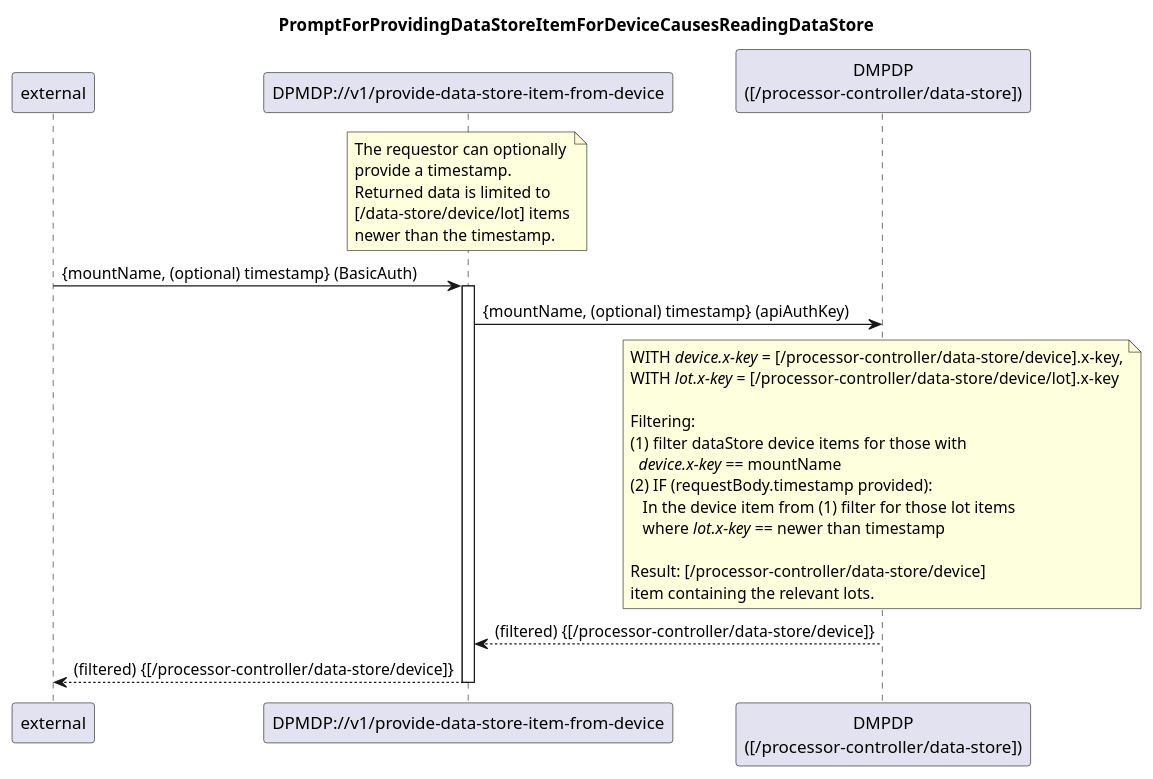
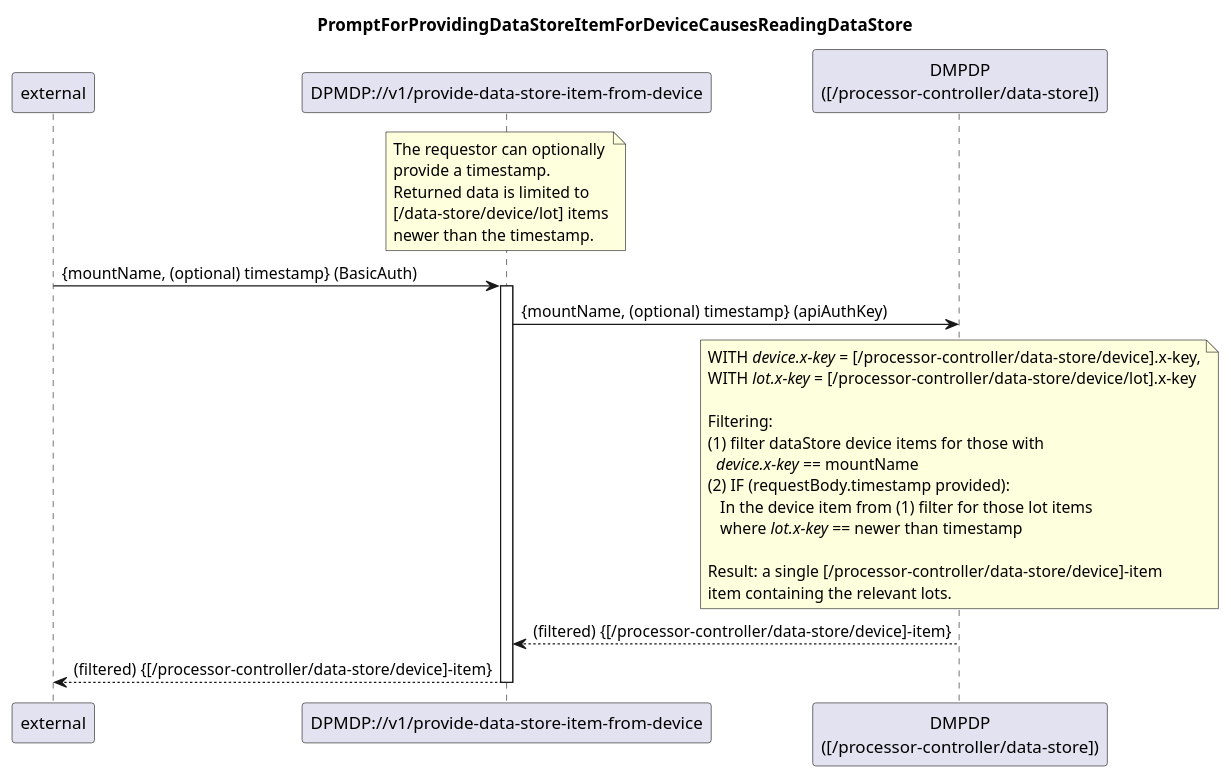
Before and after one commit to openBackhaul/DevicePerformanceManagementDataProcessor: the diagram in spec/diagrams/020_ProvideDataStoreItemForDevice.plantuml, drawn with PlantUML. The commit also changed 8 other files, not shown here.

Commit message:
update diagrams + services

```diff
--- a/spec/diagrams/020_ProvideDataStoreItemForDevice.plantuml
+++ b/spec/diagrams/020_ProvideDataStoreItemForDevice.plantuml
@@ -1,44 +1,44 @@
 @startuml 020_ProvideDataStoreItemForDevice
 skinparam responseMessageBelowArrow true
 
 title
 PromptForProvidingDataStoreItemForDeviceCausesReadingDataStore
 end title
 
 participant "external" as requestor
 participant "DPMDP://v1/provide-data-store-item-from-device" as dpmdp
 participant "DMPDP\n([/processor-controller/data-store])" as dataStore
 
 
 note over dpmdp
   The requestor can optionally
   provide a timestamp.
   Returned data is limited to
   [/data-store/device/lot] items
   newer than the timestamp.
 end note
 requestor -> dpmdp: {mountName, (optional) timestamp} (BasicAuth)
 activate dpmdp
 
 dpmdp -> dataStore: {mountName, (optional) timestamp} (apiAuthKey)
 note over dataStore
   WITH <i>device.x-key</i> = [/processor-controller/data-store/device].x-key,
   WITH <i>lot.x-key</i> = [/processor-controller/data-store/device/lot].x-key
 
   Filtering:
   (1) filter dataStore device items for those with
     <i>device.x-key</i> == mountName
   (2) IF (requestBody.timestamp provided):
      In the device item from (1) filter for those lot items
      where <i>lot.x-key</i> == newer than timestamp
 
-  Result: [/processor-controller/data-store/device]
+  Result: a single [/processor-controller/data-store/device]-item
   item containing the relevant lots.
 end note
-dataStore --> dpmdp: (filtered) {[/processor-controller/data-store/device]}
+dataStore --> dpmdp: (filtered) {[/processor-controller/data-store/device]-item}
 
-dpmdp --> requestor: (filtered) {[/processor-controller/data-store/device]}
+dpmdp --> requestor: (filtered) {[/processor-controller/data-store/device]-item}
 
 deactivate dpmdp
 
 @enduml
```
